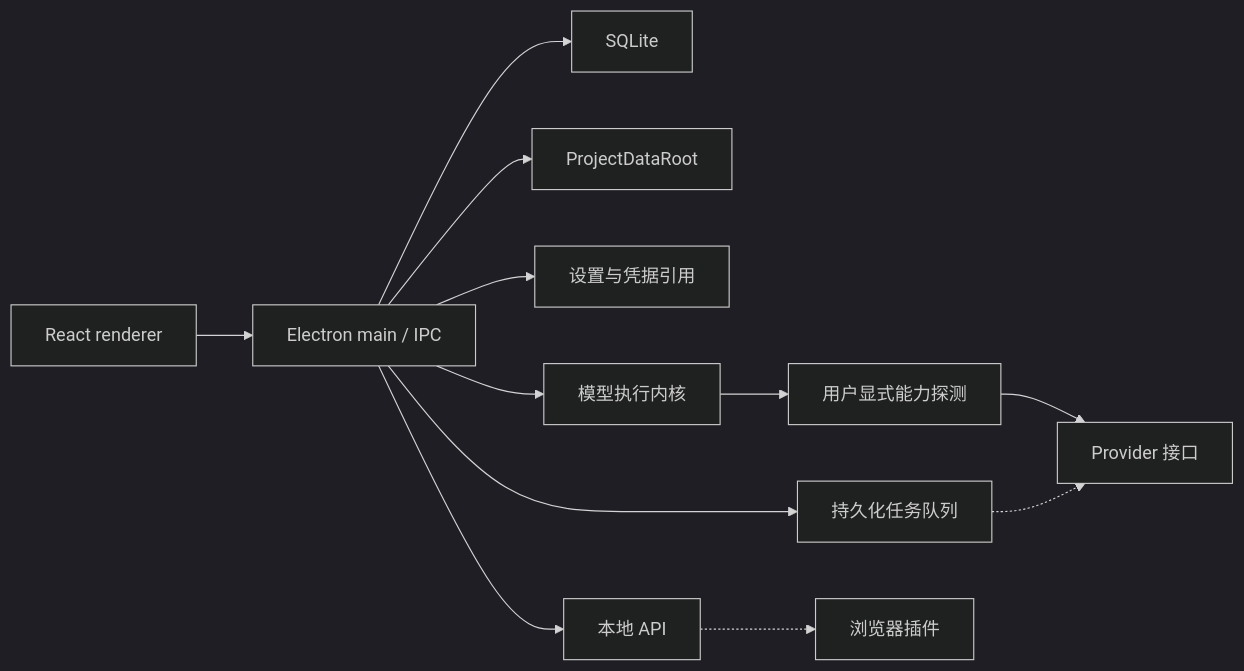
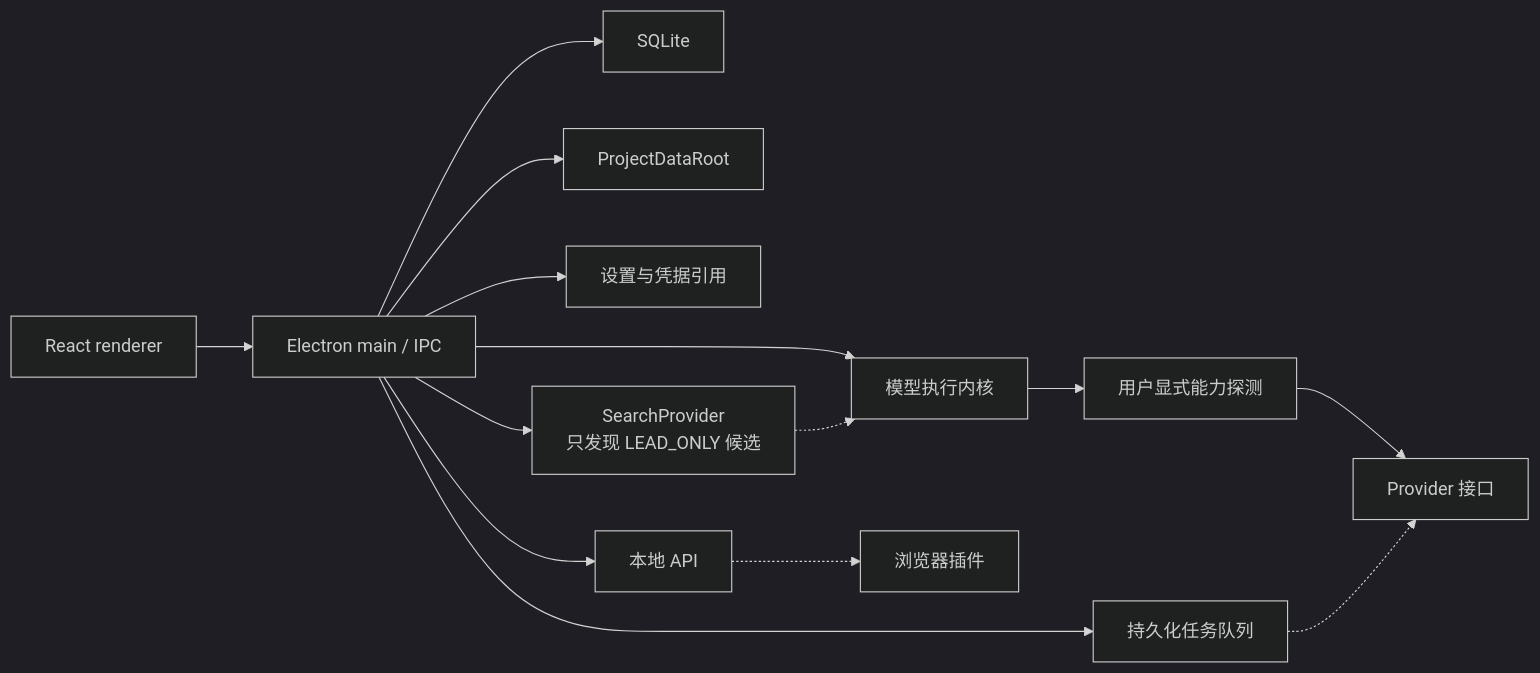
The second of 2 diagrams in README.md (KAtOReNA7/Rednote-Automated-Operation-Tool), drawn with Mermaid (dark theme) before and after one commit. The commit also changed other lines of this file and 76 other files, not shown here.

````diff
--- a/README.md
+++ b/README.md
@@ -140,14 +142,16 @@
 ```mermaid
 flowchart LR
     UI["React renderer"] --> MAIN["Electron main / IPC"]
     MAIN --> DB["SQLite"]
     MAIN --> FS["ProjectDataRoot"]
     MAIN --> QUEUE["持久化任务队列"]
     MAIN --> SETTINGS["设置与凭据引用"]
     MAIN --> API["本地 API"]
     MAIN --> MODEL["模型执行内核"]
+    MAIN --> SEARCH["SearchProvider<br/>只发现 LEAD_ONLY 候选"]
     MODEL --> PROBE["用户显式能力探测"]
     PROBE --> PROVIDERS["Provider 接口"]
     API -.-> CLIPPER["浏览器插件"]
     QUEUE -.-> PROVIDERS
+    SEARCH -.-> MODEL
 ```
````
